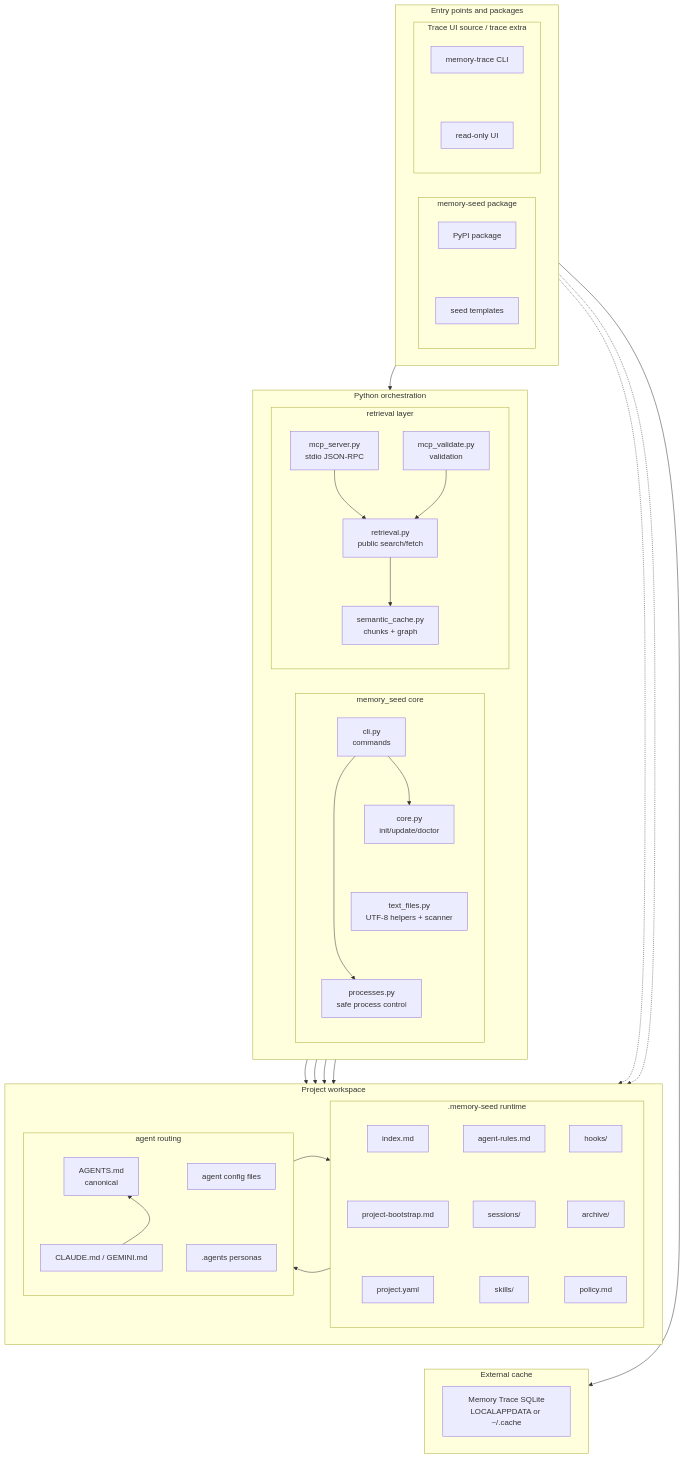
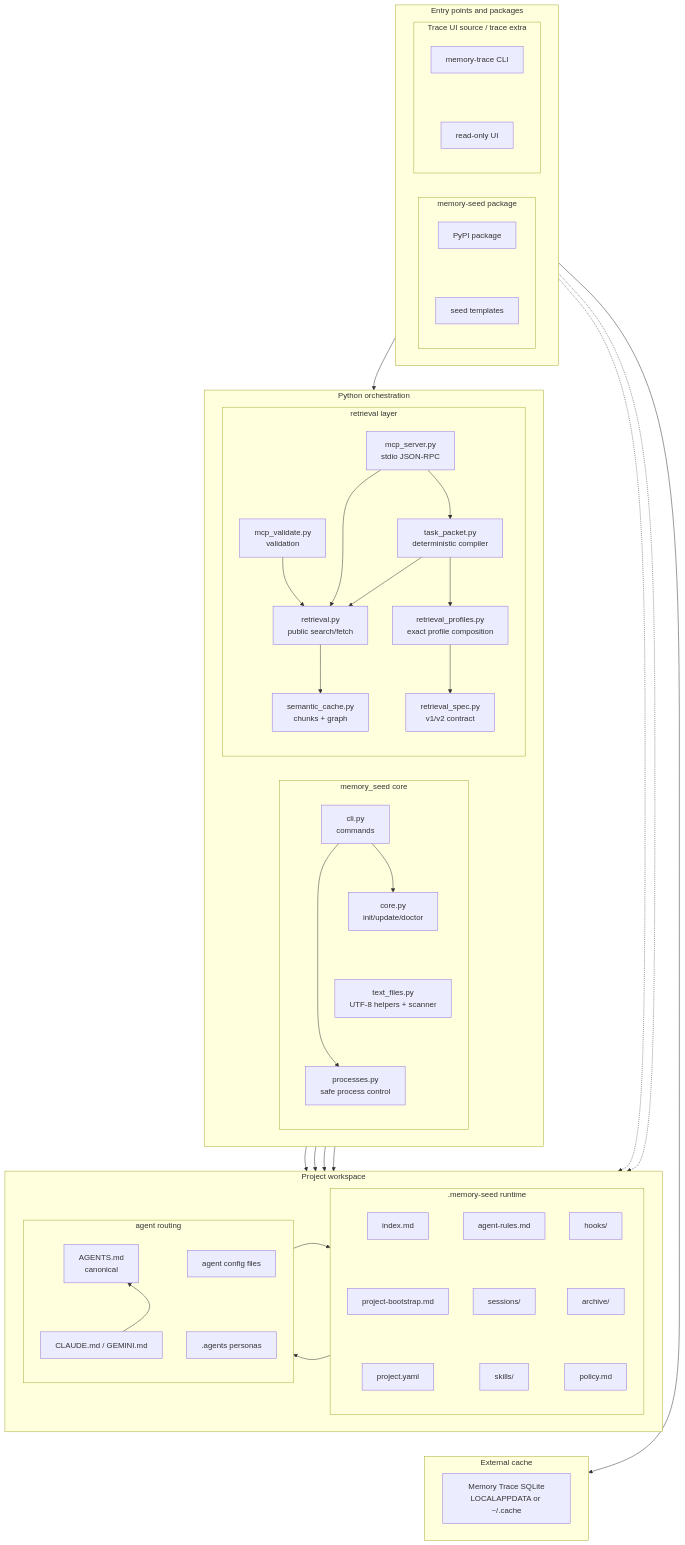
Before and after one commit to jnl-tshi/memory-seed: the second of 25 diagrams in docs/3_Spec/functionality-audit.md, drawn with Mermaid. The commit also changed other lines of this file and 33 other files, not shown here.

First line of the commit message:
Integrate reconstructable Task Packet delivery

```diff
--- a/docs/3_Spec/functionality-audit.md
+++ b/docs/3_Spec/functionality-audit.md
@@ -114,11 +114,18 @@
     subgraph Retrieval["retrieval layer"]
       direction TB
       RET["retrieval.py<br>public search/fetch"]
+      RSPEC["retrieval_spec.py<br>v1/v2 contract"]
+      PROFILE["retrieval_profiles.py<br>exact profile composition"]
+      PACKET["task_packet.py<br>deterministic compiler"]
       CACHE["semantic_cache.py<br>chunks + graph"]
       MCP["mcp_server.py<br>stdio JSON-RPC"]
       VAL["mcp_validate.py<br>validation"]
       RET --> CACHE
+      PROFILE --> RSPEC
+      PACKET --> PROFILE
+      PACKET --> RET
       MCP --> RET
+      MCP --> PACKET
       VAL --> RET
     end
   end
```
